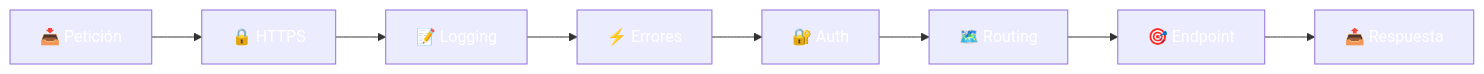
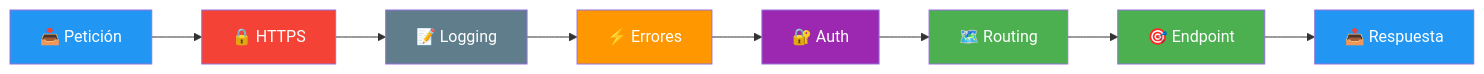
One commit to joseluisgs/DesarrolloWebEntornosServidor-02-2026-2027 changed the fourth of 6 diagrams in 05-arquitectura-pipeline.md. Above: the diagram before and after it, drawn with Mermaid. The commit also changed other lines of this file and 29 other files, not shown here.

Commit message:
docs: corregir estilos Mermaid y estilo, quitar referencias a la Tienda y reestructurar los retos 13 y 15

````diff
--- a/05-arquitectura-pipeline.md
+++ b/05-arquitectura-pipeline.md
@@ -172,18 +172,18 @@
 ```mermaid
 flowchart LR
     A["📥 Petición"] --> B["🔒 HTTPS"]
     B --> C["📝 Logging"]
     C --> D["⚡ Errores"]
     D --> E["🔐 Auth"]
     E --> F["🗺️ Routing"]
     F --> G["🎯 Endpoint"]
     G --> H["📤 Respuesta"]
-    style A fill:#2196F,color:#fff3,color:#fff
-    style B fill:#f4433,color:#fff6,color:#fff
-    style C fill:#607D8,color:#fffB,color:#fff
-    style D fill:#FF980,color:#fff0,color:#fff
-    style E fill:#9C27B,color:#fff0,color:#fff
-    style F fill:#4CAF5,color:#fff0,color:#fff
-    style G fill:#4CAF5,color:#fff0,color:#fff
-    style H fill:#2196F,color:#fff3,color:#fff
+    style A fill:#2196F3,color:#fff
+    style B fill:#f44336,color:#fff
+    style C fill:#607D8B,color:#fff
+    style D fill:#FF9800,color:#fff
+    style E fill:#9C27B0,color:#fff
+    style F fill:#4CAF50,color:#fff
+    style G fill:#4CAF50,color:#fff
+    style H fill:#2196F3,color:#fff
 ```
````
